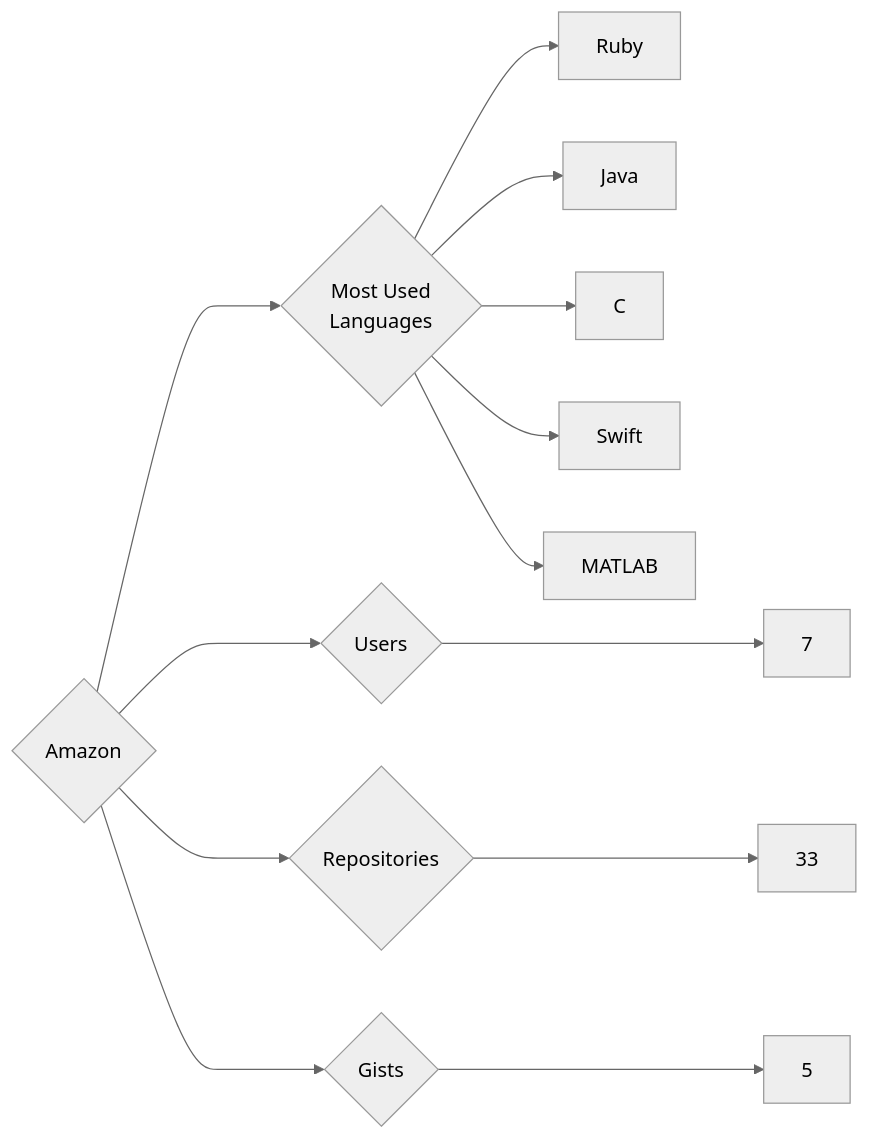
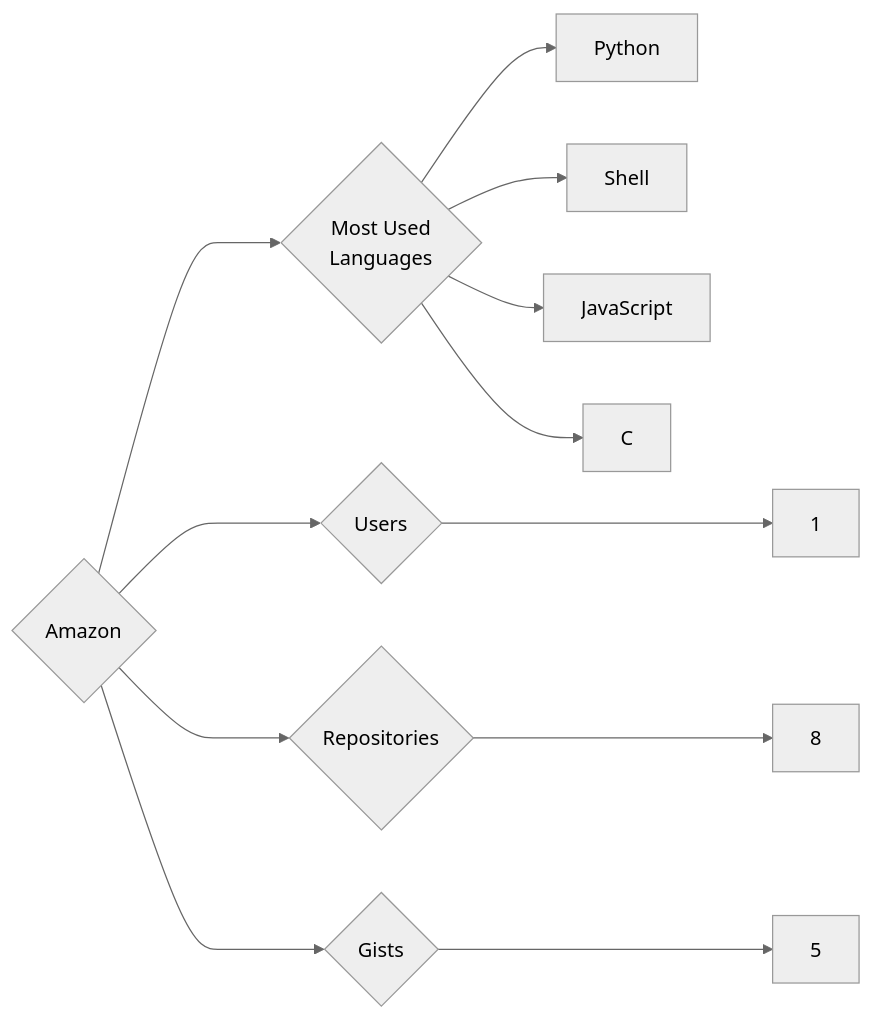
Before and after one commit to trickest/insiders: the diagram in targets/Amazon/README.md, drawn with Mermaid (neutral theme). The commit also changed 823 other files, not shown here.

````diff
--- a/targets/Amazon/README.md
+++ b/targets/Amazon/README.md
@@ -3,13 +3,12 @@
 ```mermaid
 graph LR
 COMPANY_NAME{Amazon}
-COMPANY_NAME ---> U{Users} ---> UN[7]
-COMPANY_NAME ---> R{Repositories} ---> RN[33]
+COMPANY_NAME ---> U{Users} ---> UN[1]
+COMPANY_NAME ---> R{Repositories} ---> RN[8]
 COMPANY_NAME ---> G{Gists} ---> GN[5]
 COMPANY_NAME ---> ML{Most Used<br>Languages}
-ML --> Ruby[Ruby]
-ML --> Java[Java]
+ML --> Python[Python]
+ML --> Shell[Shell]
+ML --> JavaScript[JavaScript]
 ML --> C[C]
-ML --> Swift[Swift]
-ML --> MATLAB[MATLAB]
 ```
````
